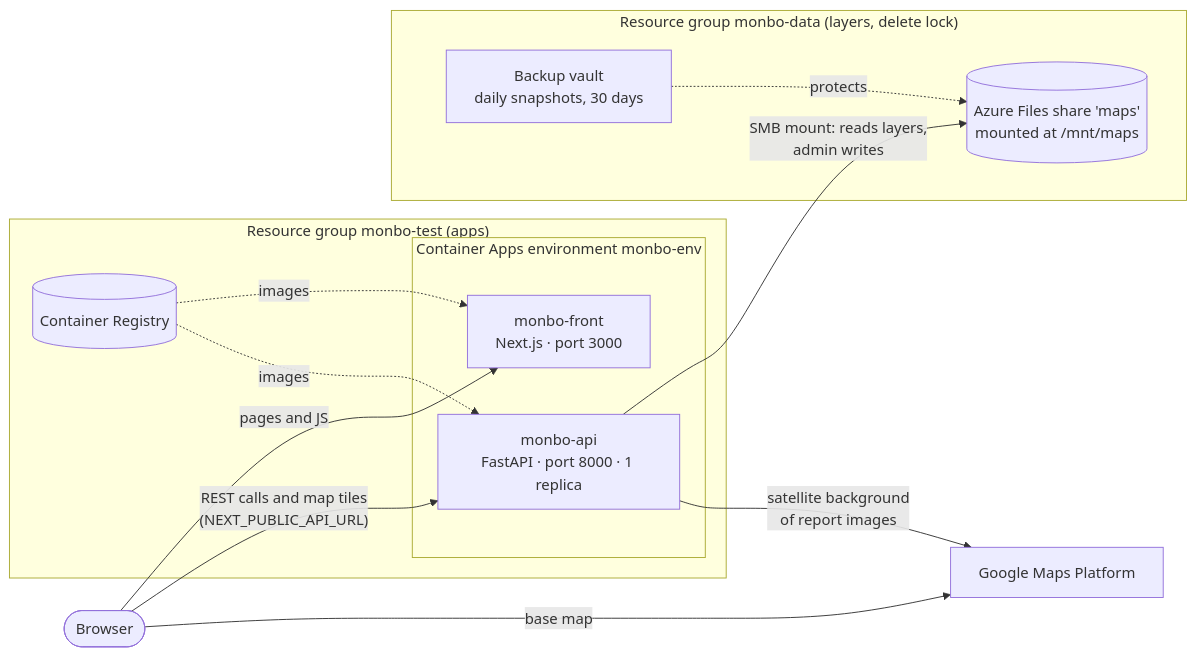
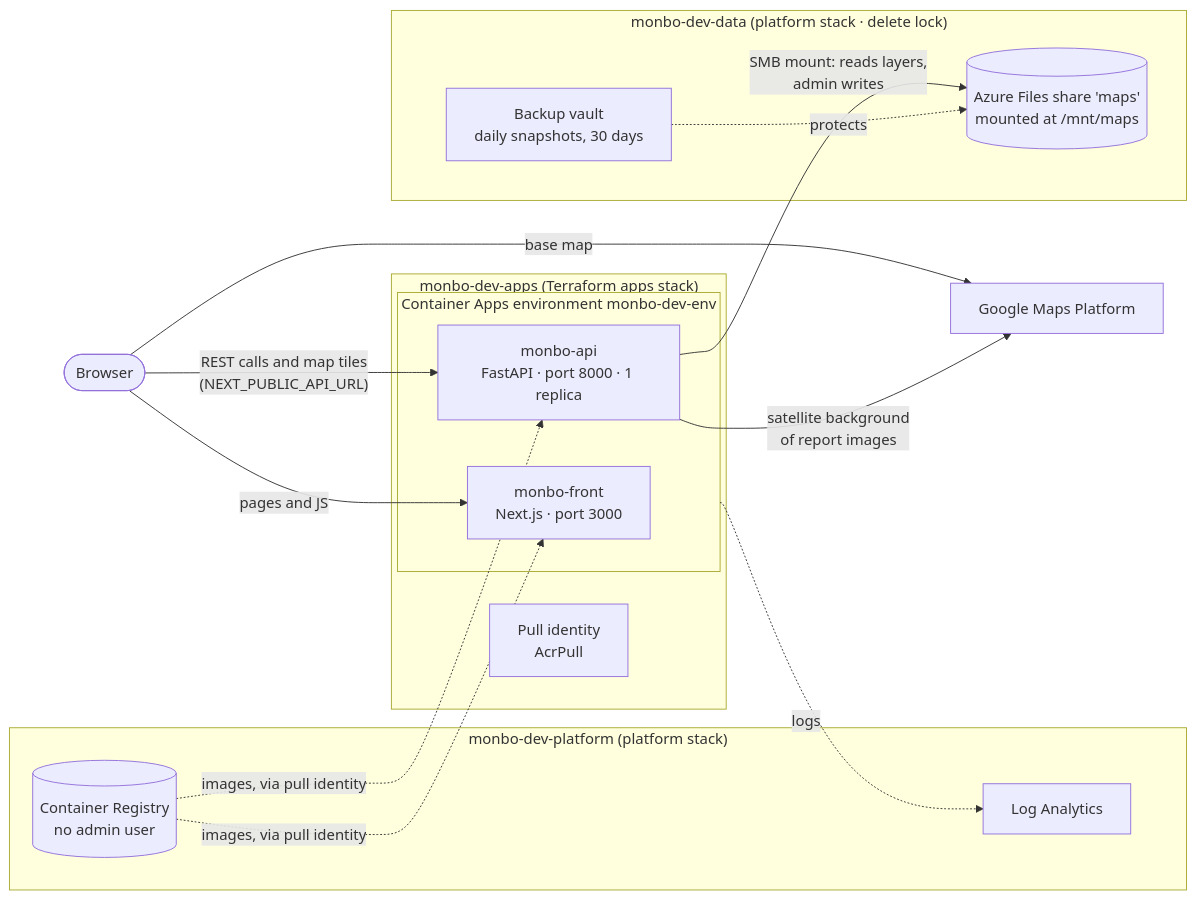
Before and after one commit to undp/monbo: the first of 4 diagrams in docs/architecture.md, drawn with Mermaid. The commit also changed other lines of this file and 470 other files, not shown here.

First line of the commit message:
Exclude layers from image, apps/ monorepo, unified CI, Terraform, continuous deployment (#54)

````diff
--- a/docs/architecture.md
+++ b/docs/architecture.md
@@ -23,28 +23,34 @@
 ```mermaid
 flowchart LR
   browser([Browser])
 
-  subgraph apps["Resource group monbo-test (apps)"]
-    acr[(Container Registry)]
-    subgraph env["Container Apps environment monbo-env"]
+  subgraph apps["monbo-dev-apps (Terraform apps stack)"]
+    subgraph env["Container Apps environment monbo-dev-env"]
       front["monbo-front<br/>Next.js · port 3000"]
       api["monbo-api<br/>FastAPI · port 8000 · 1 replica"]
     end
+    pull[Pull identity<br/>AcrPull]
   end
 
-  subgraph data["Resource group monbo-data (layers, delete lock)"]
+  subgraph platform["monbo-dev-platform (platform stack)"]
+    acr[(Container Registry<br/>no admin user)]
+    logs[Log Analytics]
+  end
+
+  subgraph data["monbo-dev-data (platform stack · delete lock)"]
     share[("Azure Files share 'maps'<br/>mounted at /mnt/maps")]
     vault[Backup vault<br/>daily snapshots, 30 days]
   end
 
   gmaps[Google Maps Platform]
 
   browser -- "pages and JS" --> front
   browser -- "REST calls and map tiles<br/>(NEXT_PUBLIC_API_URL)" --> api
   browser -- "base map" --> gmaps
   api -- "SMB mount: reads layers,<br/>admin writes" --> share
   api -- "satellite background<br/>of report images" --> gmaps
-  acr -.->|images| front
-  acr -.->|images| api
+  acr -.->|images, via pull identity| front
+  acr -.->|images, via pull identity| api
+  env -.->|logs| logs
   vault -.->|protects| share
 ```
````
